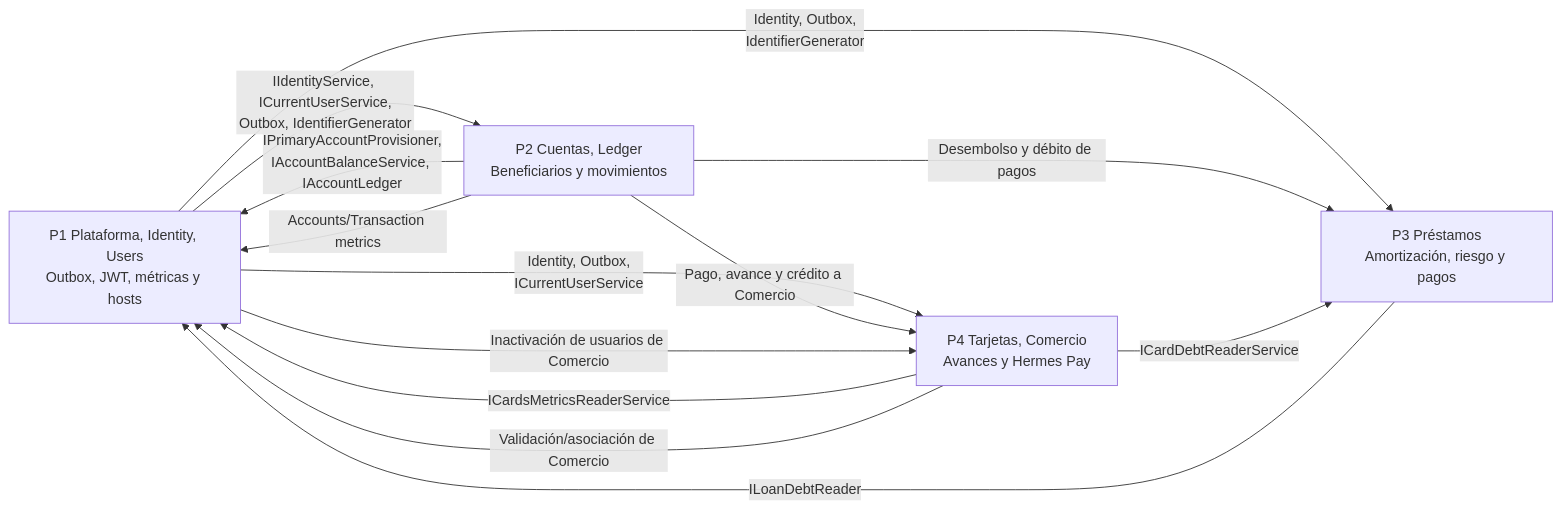
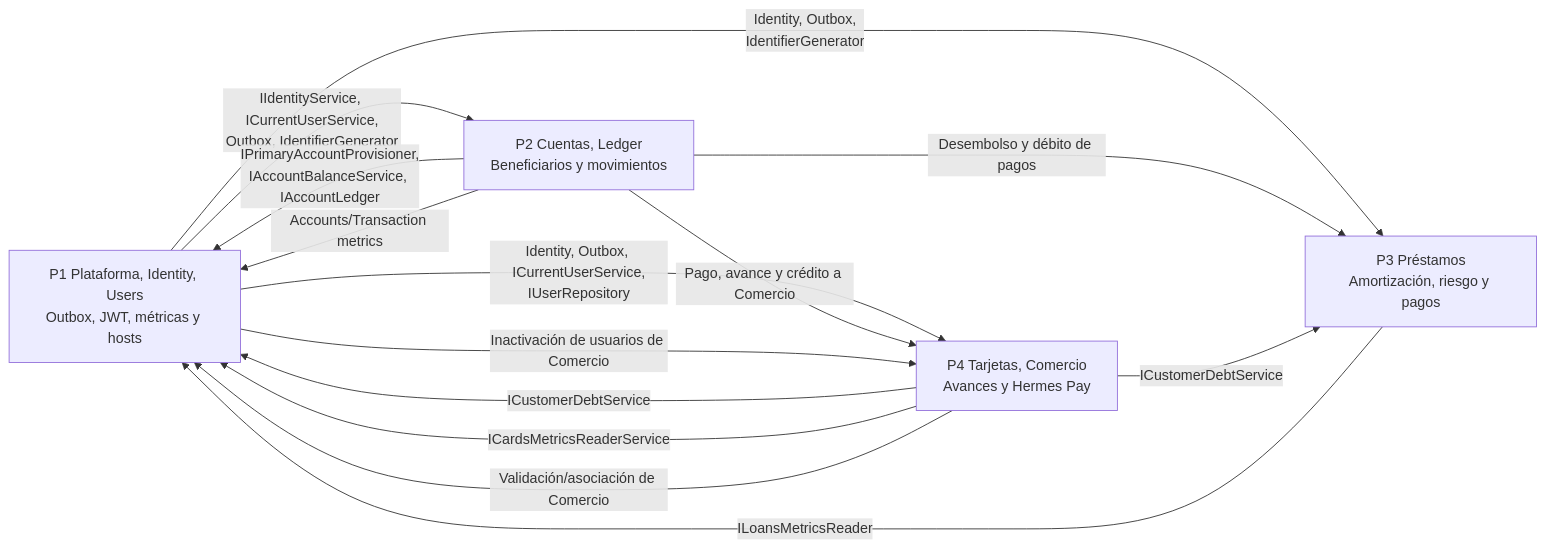
The diagram in ABP_Technical_Work_Distribution_Plan.md (GabrielAlcequiez/Artemis-Banking-Pro), drawn with Mermaid before and after one commit. The commit also changed other lines of this file, not shown here.

Commit message:
docs: document centralized customer debt services

````diff
--- a/ABP_Technical_Work_Distribution_Plan.md
+++ b/ABP_Technical_Work_Distribution_Plan.md
@@ -1095,23 +1130,24 @@
 ```mermaid
 flowchart LR
     P1["P1 Plataforma, Identity, Users<br/>Outbox, JWT, métricas y hosts"]
     P2["P2 Cuentas, Ledger<br/>Beneficiarios y movimientos"]
     P3["P3 Préstamos<br/>Amortización, riesgo y pagos"]
     P4["P4 Tarjetas, Comercio<br/>Avances y Hermes Pay"]
 
     P1 -->|"IIdentityService, ICurrentUserService,<br/>Outbox, IdentifierGenerator"| P2
     P1 -->|"Identity, Outbox,<br/>IdentifierGenerator"| P3
-    P1 -->|"Identity, Outbox,<br/>ICurrentUserService"| P4
+    P1 -->|"Identity, Outbox, ICurrentUserService,<br/>IUserRepository"| P4
 
     P2 -->|"IPrimaryAccountProvisioner,<br/>IAccountBalanceService, IAccountLedger"| P1
     P2 -->|"Desembolso y débito de pagos"| P3
     P2 -->|"Pago, avance y crédito a Comercio"| P4
 
-    P4 -->|"ICardDebtReaderService"| P3
-    P3 -->|"ILoanDebtReader"| P1
+    P4 -->|"ICustomerDebtService"| P3
+    P4 -->|"ICustomerDebtService"| P1
+    P3 -->|"ILoansMetricsReader"| P1
     P4 -->|"ICardsMetricsReaderService"| P1
     P2 -->|"Accounts/Transaction metrics"| P1
 
     P4 -->|"Validación/asociación de Comercio"| P1
     P1 -->|"Inactivación de usuarios de Comercio"| P4
 ```
````
